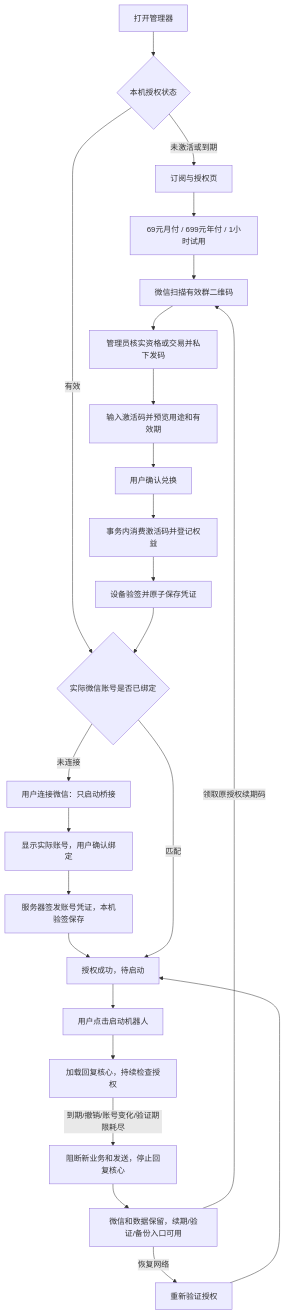
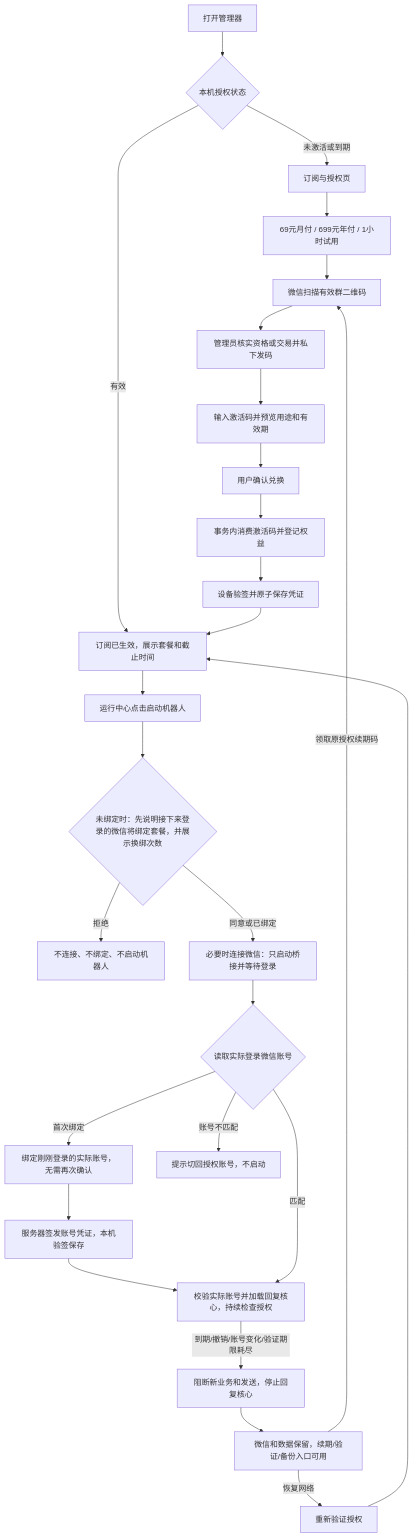
One commit to c4znr7jpdy-arch/wechatrebot changed the diagram in docs/requirements/requirements-subscription-authorization.md. Above: the diagram before and after it, drawn with Mermaid. The commit also changed other lines of this file and 24 other files, not shown here.

Commit message:
fix: streamline subscription consent and self-service account rebinding

````diff
--- a/docs/requirements/requirements-subscription-authorization.md
+++ b/docs/requirements/requirements-subscription-authorization.md
@@ -36,26 +36,29 @@
 ```mermaid
 flowchart TD
     Open[打开管理器] --> Check{本机授权状态}
     Check -->|未激活或到期| Page[订阅与授权页]
-    Check -->|有效| Account{实际微信账号是否已绑定}
+    Check -->|有效| Ready[订阅已生效，展示套餐和截止时间]
     Page --> Plans[69元月付 / 699元年付 / 1小时试用]
     Plans --> WeChat[微信扫描有效群二维码]
     WeChat --> Admin[管理员核实资格或交易并私下发码]
     Admin --> Preview[输入激活码并预览用途和有效期]
     Preview --> Confirm[用户确认兑换]
     Confirm --> Redeem[事务内消费激活码并登记权益]
     Redeem --> Save[设备验签并原子保存凭证]
-    Save --> Account
-    Account -->|未连接| Connect[用户连接微信：只启动桥接]
-    Connect --> Bind[显示实际账号，用户确认绑定]
+    Save --> Ready
+    Ready --> Start[运行中心点击启动机器人]
+    Start --> Consent{未绑定时：先说明接下来登录的微信将绑定套餐，并展示换绑次数}
+    Consent -->|拒绝| Cancel[不连接、不绑定、不启动机器人]
+    Consent -->|同意或已绑定| Connect[必要时连接微信：只启动桥接并等待登录]
+    Connect --> Account{读取实际登录微信账号}
+    Account -->|首次绑定| Bind[绑定刚刚登录的实际账号，无需再次确认]
     Bind --> Signed[服务器签发账号凭证，本机验签保存]
-    Signed --> Ready[授权成功，待启动]
-    Account -->|匹配| Ready
-    Ready --> Start[用户点击启动机器人]
-    Start --> Run[加载回复核心，持续检查授权]
+    Signed --> Run[校验实际账号并加载回复核心，持续检查授权]
+    Account -->|匹配| Run
+    Account -->|账号不匹配| Mismatch[提示切回授权账号，不启动]
     Run -->|到期/撤销/账号变化/验证期限耗尽| Pause[阻断新业务和发送，停止回复核心]
     Pause --> Keep[微信和数据保留，续期/验证/备份入口可用]
     Keep -->|领取原授权续期码| WeChat
     Keep -->|恢复网络| Refresh[重新验证授权]
     Refresh --> Ready
 ```
````
